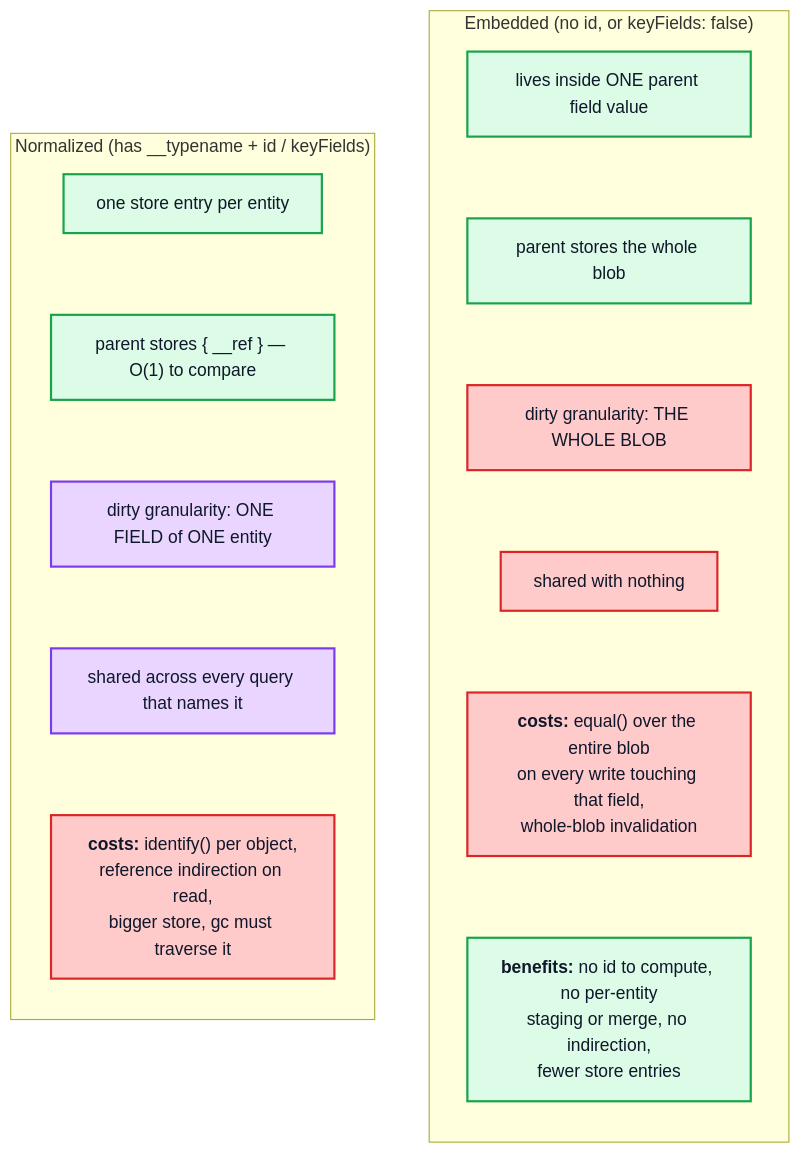
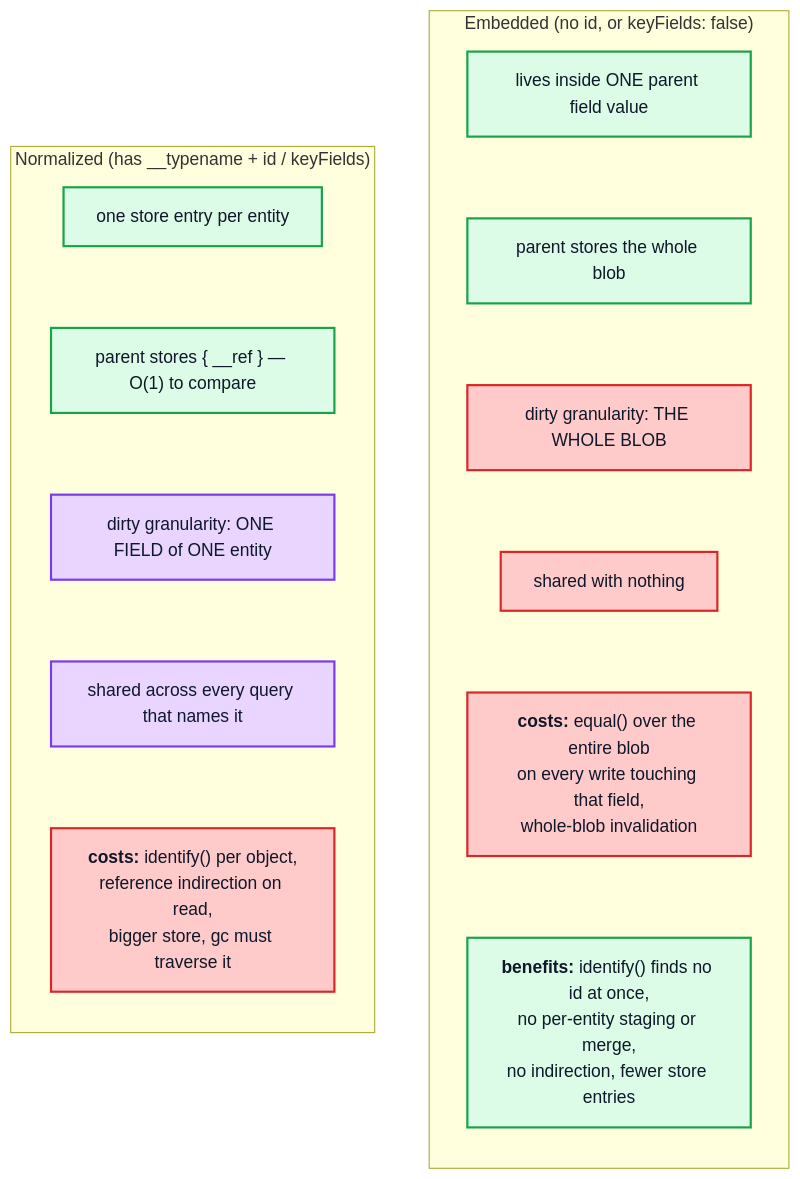
One commit to convict-git/fast-gql-cache-rs changed the second of 3 diagrams in docs/performance/07-structural-stress.md. Above: the diagram before and after it, drawn with Mermaid. The commit also changed other lines of this file and 10 other files, not shown here.

First line of the commit message:
docs(perf): correct complexities and flows, define every symbol

````diff
--- a/docs/performance/07-structural-stress.md
+++ b/docs/performance/07-structural-stress.md
@@ -85,29 +90,29 @@
 ```mermaid
 flowchart LR
     subgraph norm["Normalized (has __typename + id / keyFields)"]
         direction TB
         N1["one store entry per entity"]:::store
         N2["parent stores { __ref } — O(1) to compare"]:::store
         N3["dirty granularity: ONE FIELD of ONE entity"]:::memo
         N4["shared across every query that names it"]:::memo
         N5["<b>costs:</b> identify() per object,<br/>reference indirection on read,<br/>bigger store, gc must traverse it"]:::dirty
         N1 ~~~ N2 ~~~ N3 ~~~ N4 ~~~ N5
     end
 
     subgraph embed["Embedded (no id, or keyFields: false)"]
         direction TB
         E1["lives inside ONE parent field value"]:::store
         E2["parent stores the whole blob"]:::store
         E3["dirty granularity: THE WHOLE BLOB"]:::dirty
         E4["shared with nothing"]:::dirty
         E5["<b>costs:</b> equal() over the entire blob<br/>on every write touching that field,<br/>whole-blob invalidation"]:::dirty
-        E6["<b>benefits:</b> no id to compute, no per-entity<br/>staging or merge, no indirection,<br/>fewer store entries"]:::store
+        E6["<b>benefits:</b> identify() finds no id at once,<br/>no per-entity staging or merge,<br/>no indirection, fewer store entries"]:::store
         E1 ~~~ E2 ~~~ E3 ~~~ E4 ~~~ E5 ~~~ E6
     end
 
     norm ~~~ embed
 
     classDef store fill:#dcfce7,stroke:#16a34a,stroke-width:2px,color:#0f172a
     classDef memo fill:#e9d5ff,stroke:#7c3aed,stroke-width:2px,color:#0f172a
     classDef dirty fill:#fecaca,stroke:#dc2626,stroke-width:2px,color:#0f172a
 ```
````
